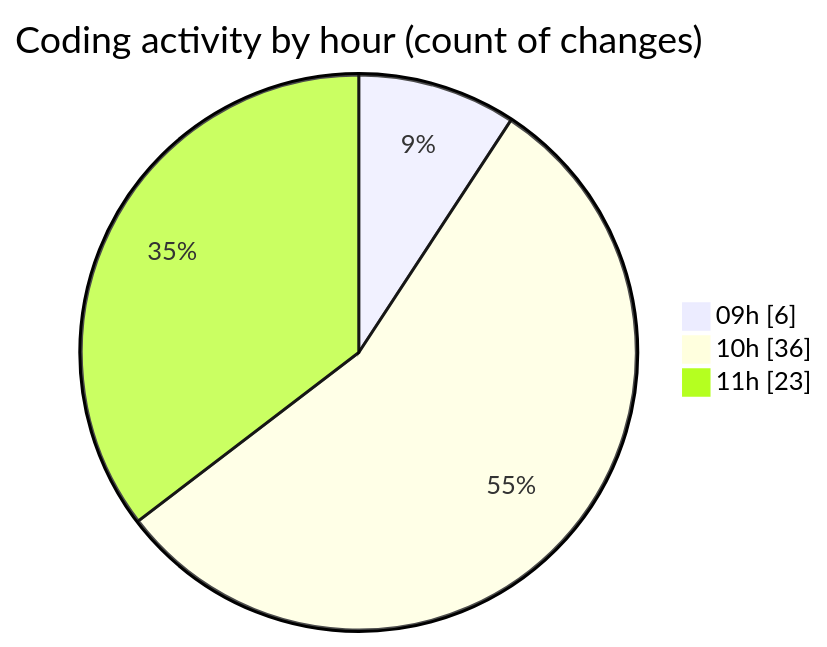
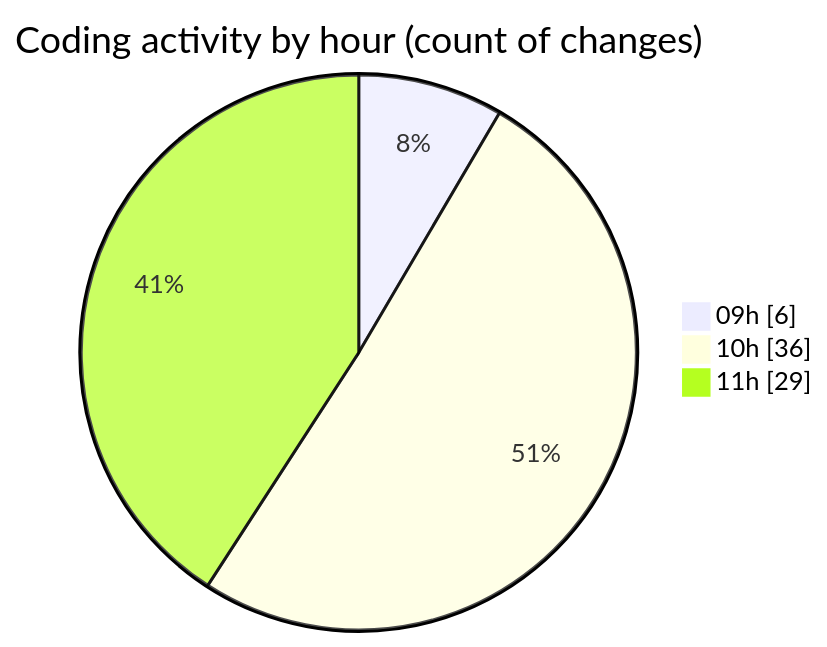
One commit to momahboobian/code-tracking changed the second of 2 diagrams in 2026-08-26/cda/README.md. Above: the diagram before and after it, drawn with Mermaid. The commit also changed other lines of this file and 1 other file, not shown here.

````diff
--- a/2026-08-26/cda/README.md
+++ b/2026-08-26/cda/README.md
@@ -38,7 +38,7 @@
 ```mermaid
 pie showData
 title Coding activity by hour (count of changes)
 "09h" : 6
 "10h" : 36
-"11h" : 23
+"11h" : 29
 ```
````
